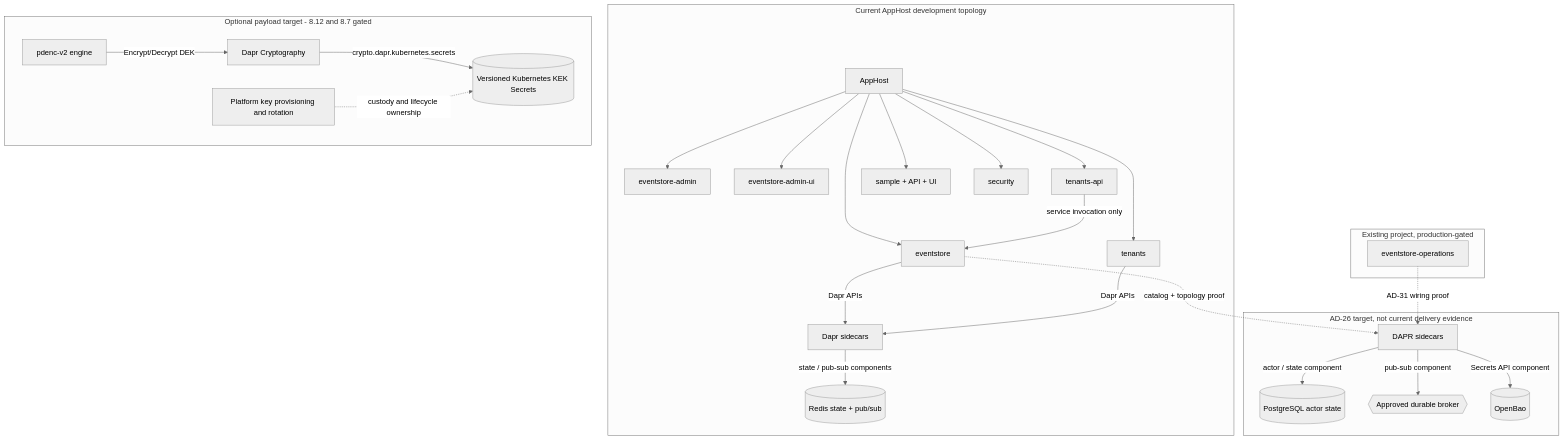
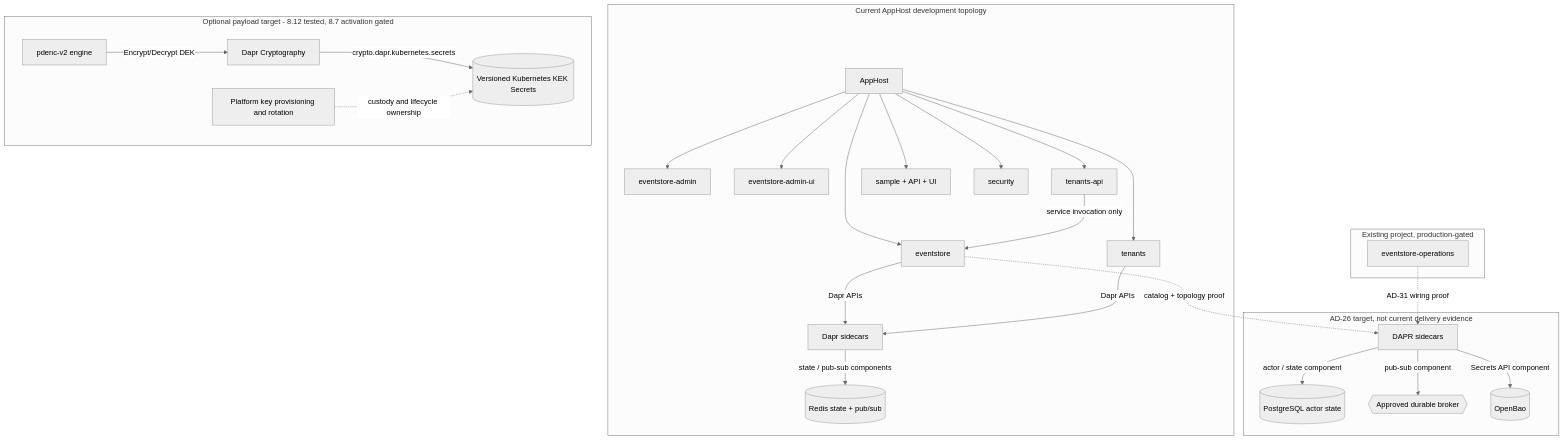
The second of 2 diagrams in _bmad-output/planning-artifacts/architecture.md (Hexalith/Hexalith.EventStore), drawn with Mermaid (neutral theme) before and after one commit. The commit also changed other lines of this file and 7 other files, not shown here.

Commit message:
docs(architecture): reconcile phase 4 decisions and record validation

````diff
--- a/_bmad-output/planning-artifacts/architecture.md
+++ b/_bmad-output/planning-artifacts/architecture.md
@@ -497,49 +512,49 @@
 ```mermaid
 flowchart TB
     subgraph Current[Current AppHost development topology]
         AppHost[AppHost]
         ES[eventstore]
         Admin[eventstore-admin]
         UI[eventstore-admin-ui]
         Tenants[tenants]
         TenantsApi[tenants-api]
         Sample[sample + API + UI]
         Security[security]
         Redis[(Redis state + pub/sub)]
         AppHost --> ES
         AppHost --> Admin
         AppHost --> UI
         AppHost --> Tenants
         AppHost --> TenantsApi
         AppHost --> Sample
         AppHost --> Security
         DevSidecars[Dapr sidecars]
         ES -->|Dapr APIs| DevSidecars
         Tenants -->|Dapr APIs| DevSidecars
         DevSidecars -->|state / pub-sub components| Redis
         TenantsApi -->|service invocation only| ES
     end
     subgraph ExistingNotWired[Existing project, production-gated]
         Operations[eventstore-operations]
     end
     subgraph ProductionTarget[AD-26 target, not current delivery evidence]
         Sidecars[DAPR sidecars]
         PostgreSQL[(PostgreSQL actor state)]
         Broker{{Approved durable broker}}
         OpenBao[(OpenBao)]
         Sidecars -->|actor / state component| PostgreSQL
         Sidecars -->|pub-sub component| Broker
         Sidecars -->|Secrets API component| OpenBao
     end
-    subgraph PayloadTarget[Optional payload target - 8.12 and 8.7 gated]
+    subgraph PayloadTarget[Optional payload target - 8.12 tested, 8.7 activation gated]
         PayloadEngine[pdenc-v2 engine]
         CryptoSidecar[Dapr Cryptography]
         PayloadKeys[(Versioned Kubernetes KEK Secrets)]
         PlatformKeys[Platform key provisioning and rotation]
         PayloadEngine -->|Encrypt/Decrypt DEK| CryptoSidecar
         CryptoSidecar -->|crypto.dapr.kubernetes.secrets| PayloadKeys
         PlatformKeys -. custody and lifecycle ownership .-> PayloadKeys
     end
     ES -. catalog + topology proof .-> Sidecars
     Operations -. AD-31 wiring proof .-> Sidecars
 ```
````
